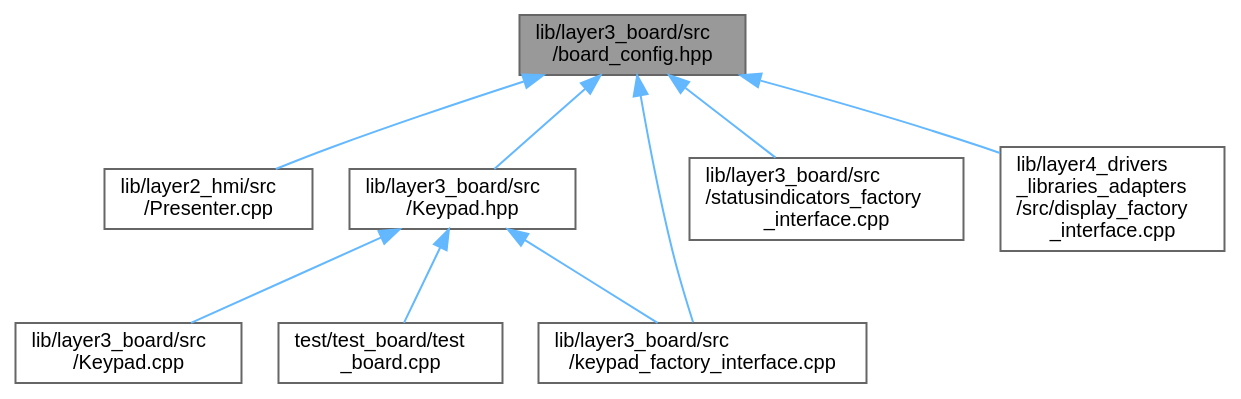
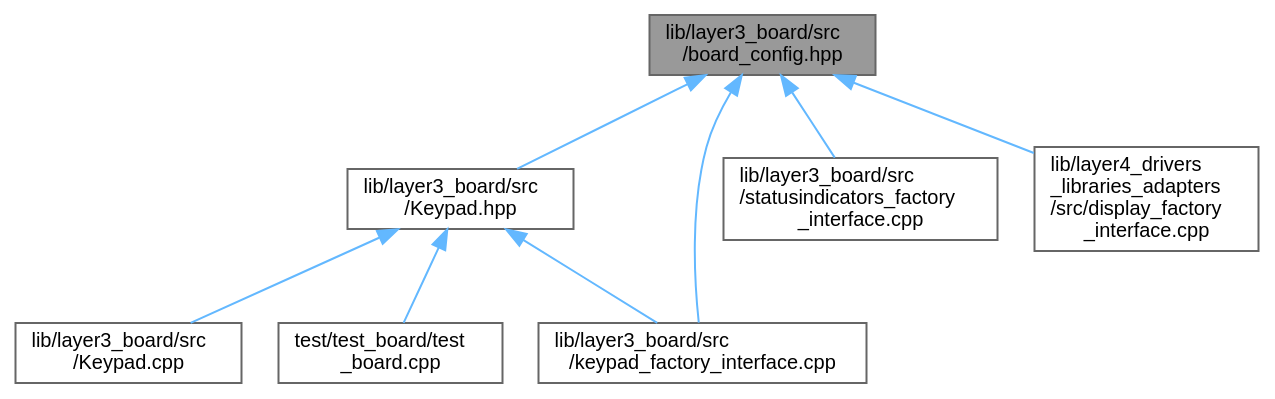
Before and after one commit to Task-Tracker-Systems/Task-Tracker-Device: the diagram in feature/clean-structure-for-hmi-interaction/board__config_8hpp__dep__incl.dot, drawn with Graphviz. The commit also changed 245 other files, not shown here.

```diff
--- a/feature/clean-structure-for-hmi-interaction/board__config_8hpp__dep__incl.dot
+++ b/feature/clean-structure-for-hmi-interaction/board__config_8hpp__dep__incl.dot
@@ -1,23 +1,21 @@
 digraph "lib/layer3_board/src/board_config.hpp"
 {
  // LATEX_PDF_SIZE
   bgcolor="transparent";
   edge [fontname=Helvetica,fontsize=10,labelfontname=Helvetica,labelfontsize=10];
   node [fontname=Helvetica,fontsize=10,shape=box,height=0.2,width=0.4];
   Node1 [id="Node000001",label="lib/layer3_board/src\l/board_config.hpp",height=0.2,width=0.4,color="gray40", fillcolor="grey60", style="filled", fontcolor="black",tooltip="Provides named objects for the pins provided by the board."];
   Node1 -> Node2 [id="edge1_Node000001_Node000002",dir="back",color="steelblue1",style="solid",tooltip=" "];
-  Node2 [id="Node000002",label="lib/layer2_hmi/src\l/Presenter.cpp",height=0.2,width=0.4,color="grey40", fillcolor="white", style="filled",URL="$Presenter_8cpp.xhtml",tooltip=" "];
-  Node1 -> Node3 [id="edge2_Node000001_Node000003",dir="back",color="steelblue1",style="solid",tooltip=" "];
-  Node3 [id="Node000003",label="lib/layer3_board/src\l/Keypad.hpp",height=0.2,width=0.4,color="grey40", fillcolor="white", style="filled",URL="$Keypad_8hpp.xhtml",tooltip=" "];
-  Node3 -> Node4 [id="edge3_Node000003_Node000004",dir="back",color="steelblue1",style="solid",tooltip=" "];
-  Node4 [id="Node000004",label="lib/layer3_board/src\l/Keypad.cpp",height=0.2,width=0.4,color="grey40", fillcolor="white", style="filled",URL="$Keypad_8cpp.xhtml",tooltip=" "];
-  Node3 -> Node5 [id="edge4_Node000003_Node000005",dir="back",color="steelblue1",style="solid",tooltip=" "];
-  Node5 [id="Node000005",label="lib/layer3_board/src\l/keypad_factory_interface.cpp",height=0.2,width=0.4,color="grey40", fillcolor="white", style="filled",URL="$keypad__factory__interface_8cpp.xhtml",tooltip=" "];
-  Node3 -> Node6 [id="edge5_Node000003_Node000006",dir="back",color="steelblue1",style="solid",tooltip=" "];
-  Node6 [id="Node000006",label="test/test_board/test\l_board.cpp",height=0.2,width=0.4,color="grey40", fillcolor="white", style="filled",URL="$test__board_8cpp.xhtml",tooltip=" "];
-  Node1 -> Node5 [id="edge6_Node000001_Node000005",dir="back",color="steelblue1",style="solid",tooltip=" "];
+  Node2 [id="Node000002",label="lib/layer3_board/src\l/Keypad.hpp",height=0.2,width=0.4,color="grey40", fillcolor="white", style="filled",URL="$Keypad_8hpp.xhtml",tooltip=" "];
+  Node2 -> Node3 [id="edge2_Node000002_Node000003",dir="back",color="steelblue1",style="solid",tooltip=" "];
+  Node3 [id="Node000003",label="lib/layer3_board/src\l/Keypad.cpp",height=0.2,width=0.4,color="grey40", fillcolor="white", style="filled",URL="$Keypad_8cpp.xhtml",tooltip=" "];
+  Node2 -> Node4 [id="edge3_Node000002_Node000004",dir="back",color="steelblue1",style="solid",tooltip=" "];
+  Node4 [id="Node000004",label="lib/layer3_board/src\l/keypad_factory_interface.cpp",height=0.2,width=0.4,color="grey40", fillcolor="white", style="filled",URL="$keypad__factory__interface_8cpp.xhtml",tooltip=" "];
+  Node2 -> Node5 [id="edge4_Node000002_Node000005",dir="back",color="steelblue1",style="solid",tooltip=" "];
+  Node5 [id="Node000005",label="test/test_board/test\l_board.cpp",height=0.2,width=0.4,color="grey40", fillcolor="white", style="filled",URL="$test__board_8cpp.xhtml",tooltip=" "];
+  Node1 -> Node4 [id="edge5_Node000001_Node000004",dir="back",color="steelblue1",style="solid",tooltip=" "];
+  Node1 -> Node6 [id="edge6_Node000001_Node000006",dir="back",color="steelblue1",style="solid",tooltip=" "];
+  Node6 [id="Node000006",label="lib/layer3_board/src\l/statusindicators_factory\l_interface.cpp",height=0.2,width=0.4,color="grey40", fillcolor="white", style="filled",URL="$statusindicators__factory__interface_8cpp.xhtml",tooltip=" "];
   Node1 -> Node7 [id="edge7_Node000001_Node000007",dir="back",color="steelblue1",style="solid",tooltip=" "];
-  Node7 [id="Node000007",label="lib/layer3_board/src\l/statusindicators_factory\l_interface.cpp",height=0.2,width=0.4,color="grey40", fillcolor="white", style="filled",URL="$statusindicators__factory__interface_8cpp.xhtml",tooltip=" "];
-  Node1 -> Node8 [id="edge8_Node000001_Node000008",dir="back",color="steelblue1",style="solid",tooltip=" "];
-  Node8 [id="Node000008",label="lib/layer4_drivers\l_libraries_adapters\l/src/display_factory\l_interface.cpp",height=0.2,width=0.4,color="grey40", fillcolor="white", style="filled",URL="$display__factory__interface_8cpp.xhtml",tooltip=" "];
+  Node7 [id="Node000007",label="lib/layer4_drivers\l_libraries_adapters\l/src/display_factory\l_interface.cpp",height=0.2,width=0.4,color="grey40", fillcolor="white", style="filled",URL="$display__factory__interface_8cpp.xhtml",tooltip=" "];
 }
```
